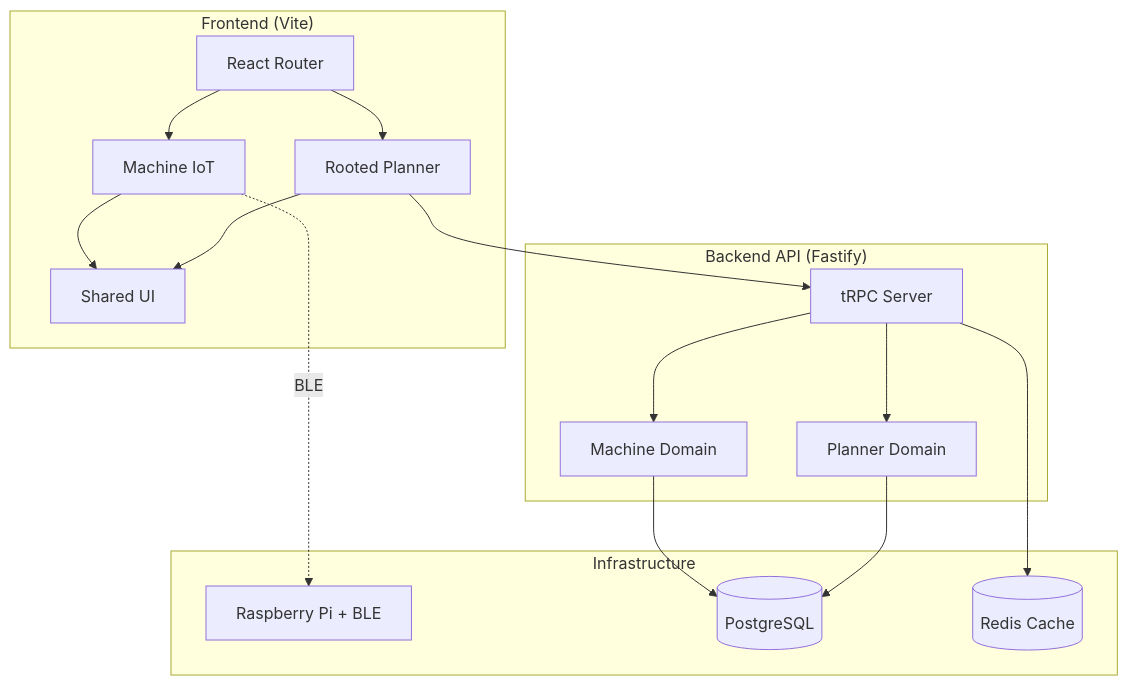
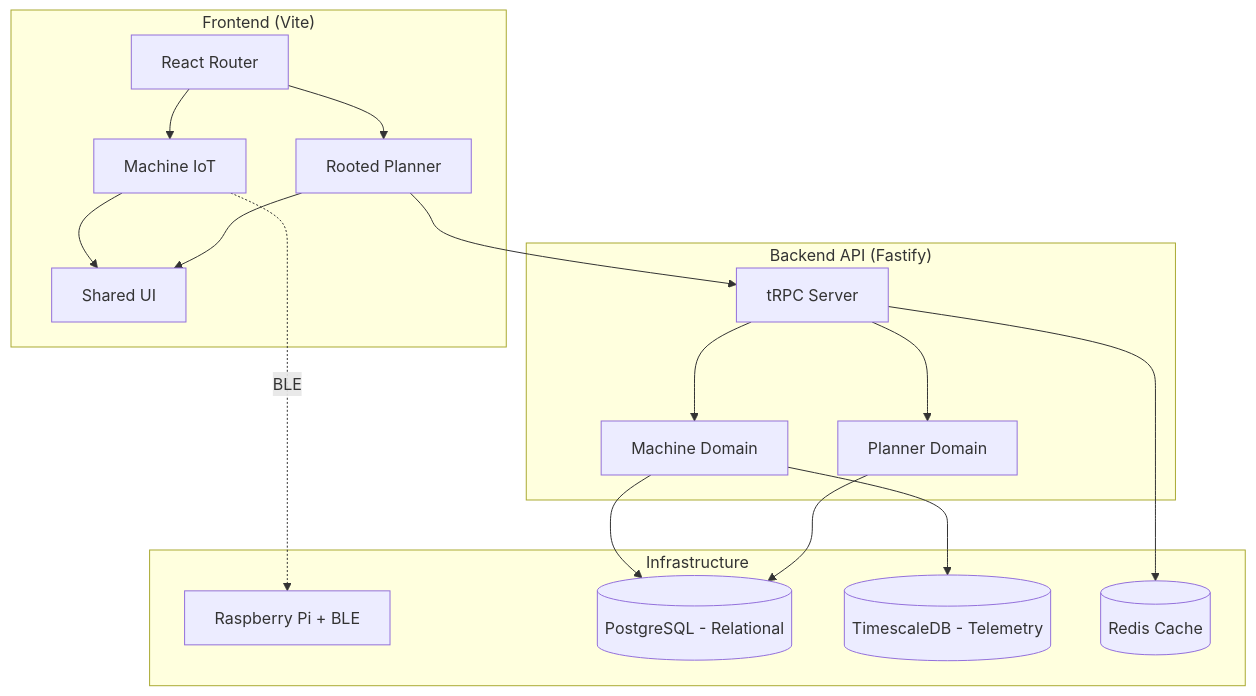
Before and after one commit to newrootedgit/Rooted-Web-App: the diagram in README.md, drawn with Mermaid. The commit also changed other lines of this file and 4 other files, not shown here.

First line of the commit message:
docs: update README and architecture docs to reflect database split

````diff
--- a/README.md
+++ b/README.md
@@ -57,33 +57,35 @@
 ```mermaid
 graph TB
     subgraph "Frontend (Vite)"
         ROUTER[React Router]
         MACHINES[Machine IoT]
         PLANNER[Rooted Planner]
         SHARED[Shared UI]
     end
     
     subgraph "Backend API (Fastify)"
         API[tRPC Server]
         MACHINE_DOMAIN[Machine Domain]
         PLANNER_DOMAIN[Planner Domain]
     end
     
     subgraph "Infrastructure"
         PI[Raspberry Pi + BLE]
-        DB[(PostgreSQL)]
+        DB[(PostgreSQL - Relational)]
+        TIMESCALE[(TimescaleDB - Telemetry)]
         REDIS[(Redis Cache)]
     end
     
     ROUTER --> MACHINES
     ROUTER --> PLANNER
     MACHINES --> SHARED
     PLANNER --> SHARED
     MACHINES -.BLE.-> PI
     PLANNER --> API
     API --> MACHINE_DOMAIN
     API --> PLANNER_DOMAIN
     MACHINE_DOMAIN --> DB
+    MACHINE_DOMAIN --> TIMESCALE
     PLANNER_DOMAIN --> DB
     API --> REDIS
 ```
````
